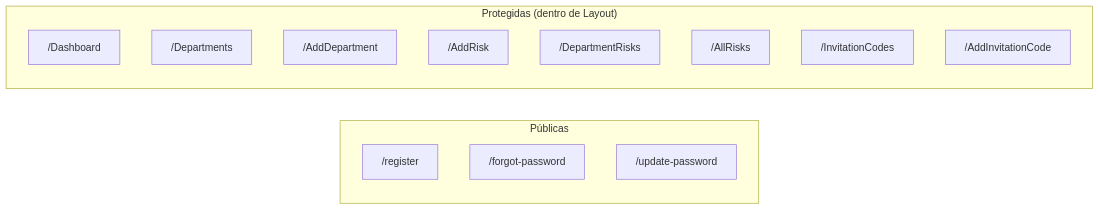
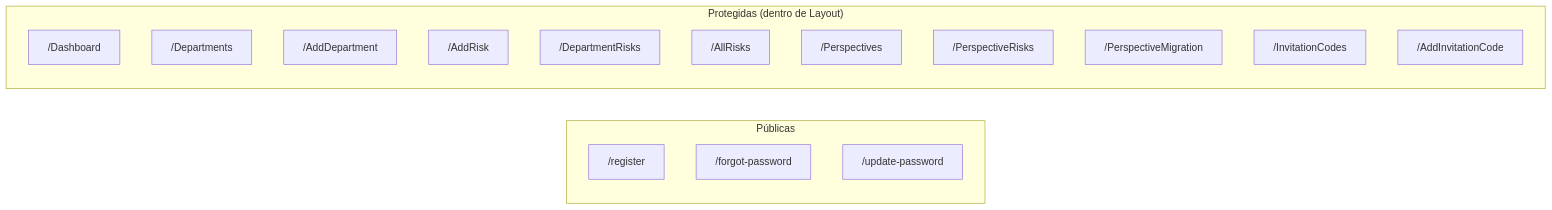
The first of 3 diagrams in docs/05-LOGICA-FRONTEND.md (tenryuag/matriz_riesgos), drawn with Mermaid before and after one commit. The commit also changed other lines of this file and 16 other files, not shown here.

````diff
--- a/docs/05-LOGICA-FRONTEND.md
+++ b/docs/05-LOGICA-FRONTEND.md
@@ -7,19 +7,22 @@
 ```mermaid
 graph LR
     subgraph "Públicas"
         R["/register"]
         FP["/forgot-password"]
         UP["/update-password"]
     end
 
     subgraph "Protegidas (dentro de Layout)"
         D["/Dashboard"]
         DEP["/Departments"]
         AD["/AddDepartment"]
         AR["/AddRisk"]
         DR["/DepartmentRisks"]
         ALL["/AllRisks"]
+        P["/Perspectives"]
+        PR["/PerspectiveRisks"]
+        PM["/PerspectiveMigration"]
         IC["/InvitationCodes"]
         AIC["/AddInvitationCode"]
     end
 ```
````
